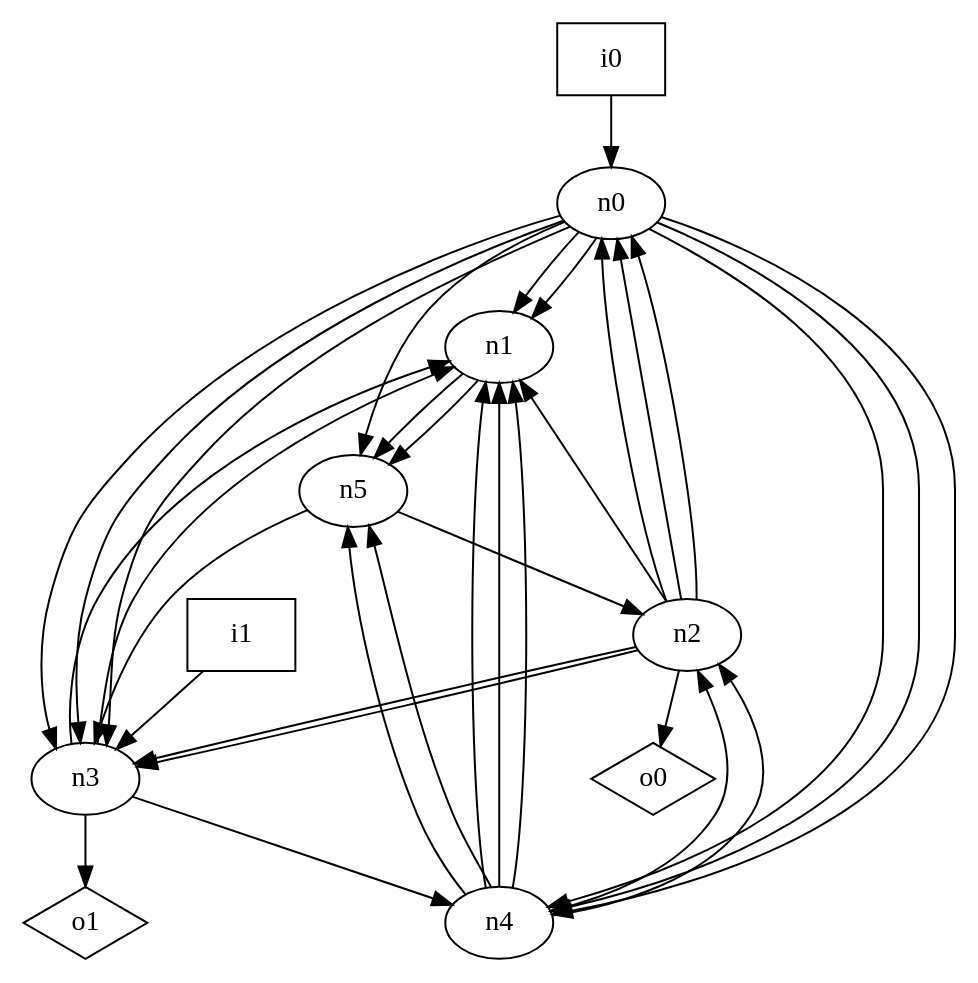
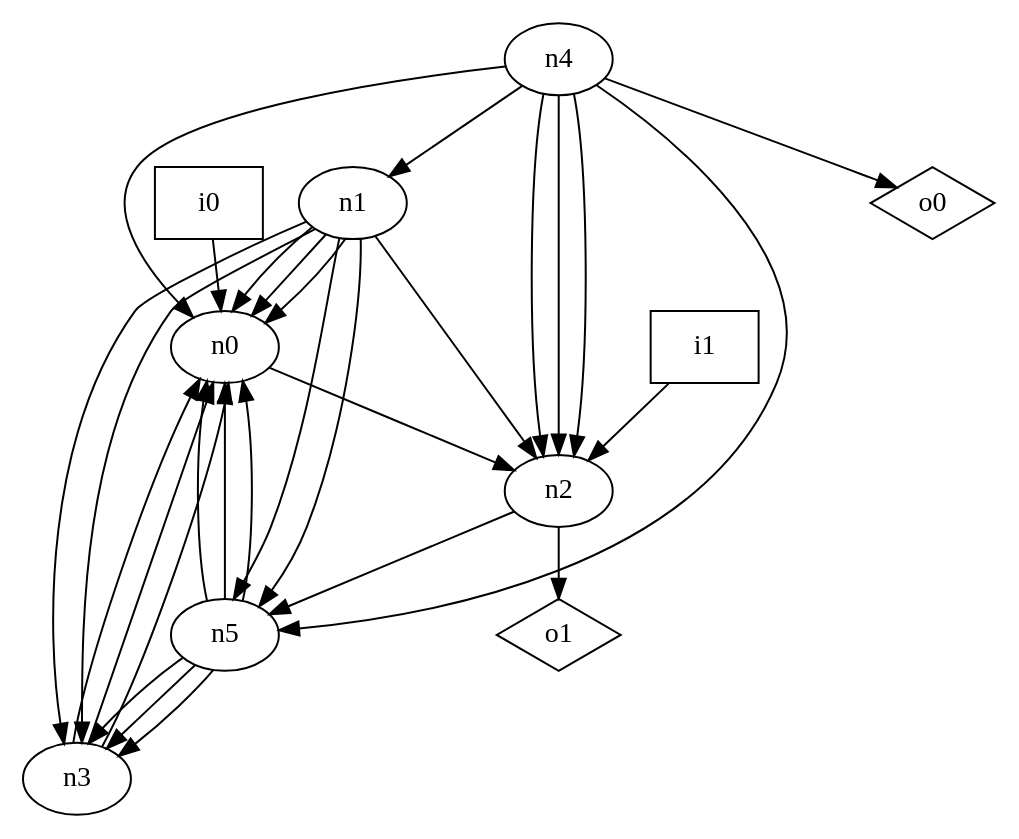
Before and after one commit to p9romain/bool-circuits: the diagram in dot_files/random/random_oriented_graph.dot, drawn with Graphviz. The commit also changed 31 other files, not shown here.

```diff
--- a/dot_files/random/random_oriented_graph.dot
+++ b/dot_files/random/random_oriented_graph.dot
@@ -1,45 +1,41 @@
 digraph G {
 n0 [label="n0"];
 n1 [label="n1"];
 n2 [label="n2"];
 n3 [label="n3"];
 n4 [label="n4"];
 n5 [label="n5"];
 n6 [label="i0",shape="box"];
 n7 [label="i1",shape="box"];
 n8 [label="o0",shape="diamond"];
 n9 [label="o1",shape="diamond"];
-n0 -> n1
-n0 -> n1
-n0 -> n3
-n0 -> n3
-n0 -> n3
-n0 -> n4
-n0 -> n4
-n0 -> n4
-n0 -> n5
+n0 -> n2
+n1 -> n0
+n1 -> n0
+n1 -> n0
+n1 -> n2
+n1 -> n3
+n1 -> n3
 n1 -> n5
 n1 -> n5
-n2 -> n0
-n2 -> n0
-n2 -> n0
-n2 -> n1
-n2 -> n3
-n2 -> n3
-n2 -> n8
-n3 -> n1
-n3 -> n1
-n3 -> n4
-n3 -> n9
-n4 -> n1
-n4 -> n1
+n2 -> n5
+n2 -> n9
+n3 -> n0
+n3 -> n0
+n3 -> n0
+n4 -> n0
 n4 -> n1
 n4 -> n2
 n4 -> n2
+n4 -> n2
 n4 -> n5
-n4 -> n5
-n5 -> n2
+n4 -> n8
+n5 -> n0
+n5 -> n0
+n5 -> n0
+n5 -> n3
+n5 -> n3
 n5 -> n3
 n6 -> n0
-n7 -> n3
+n7 -> n2
 }
```
